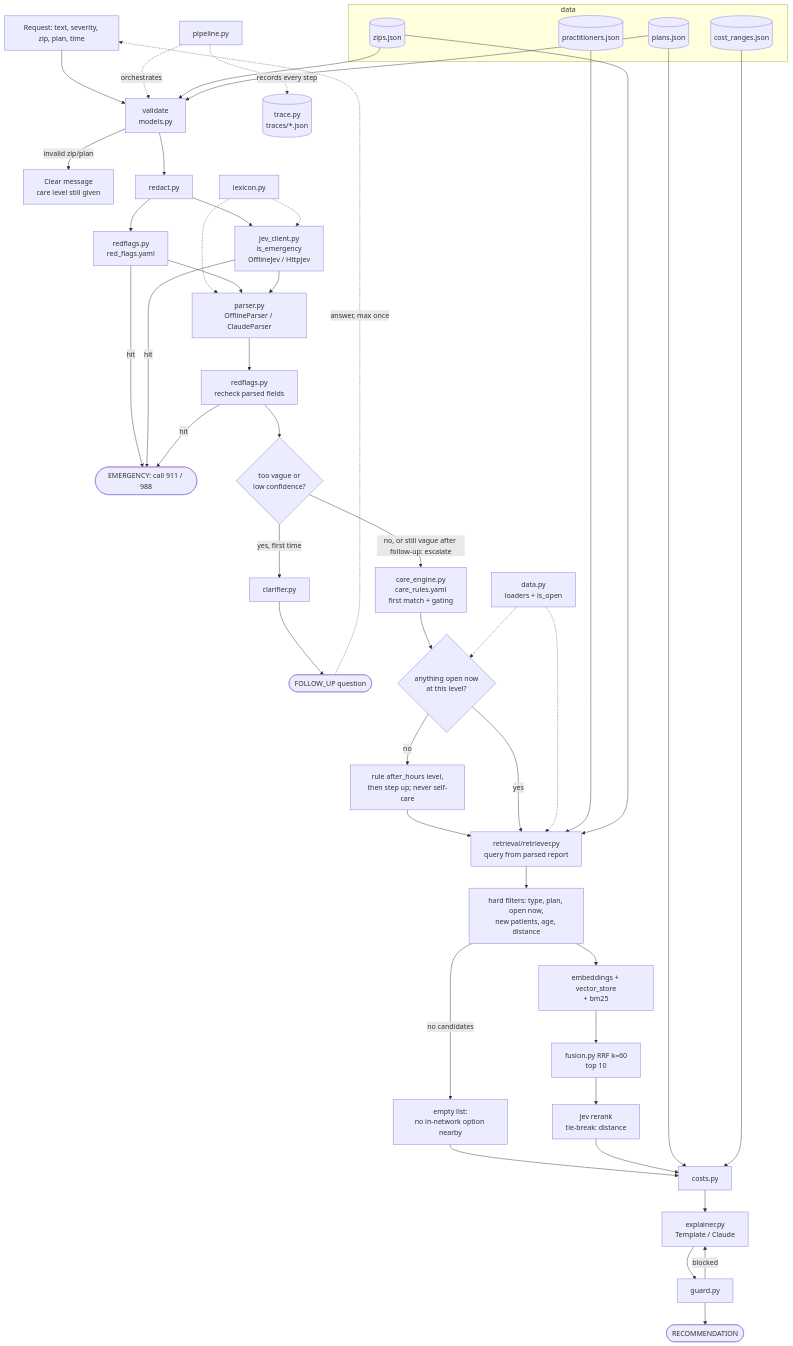
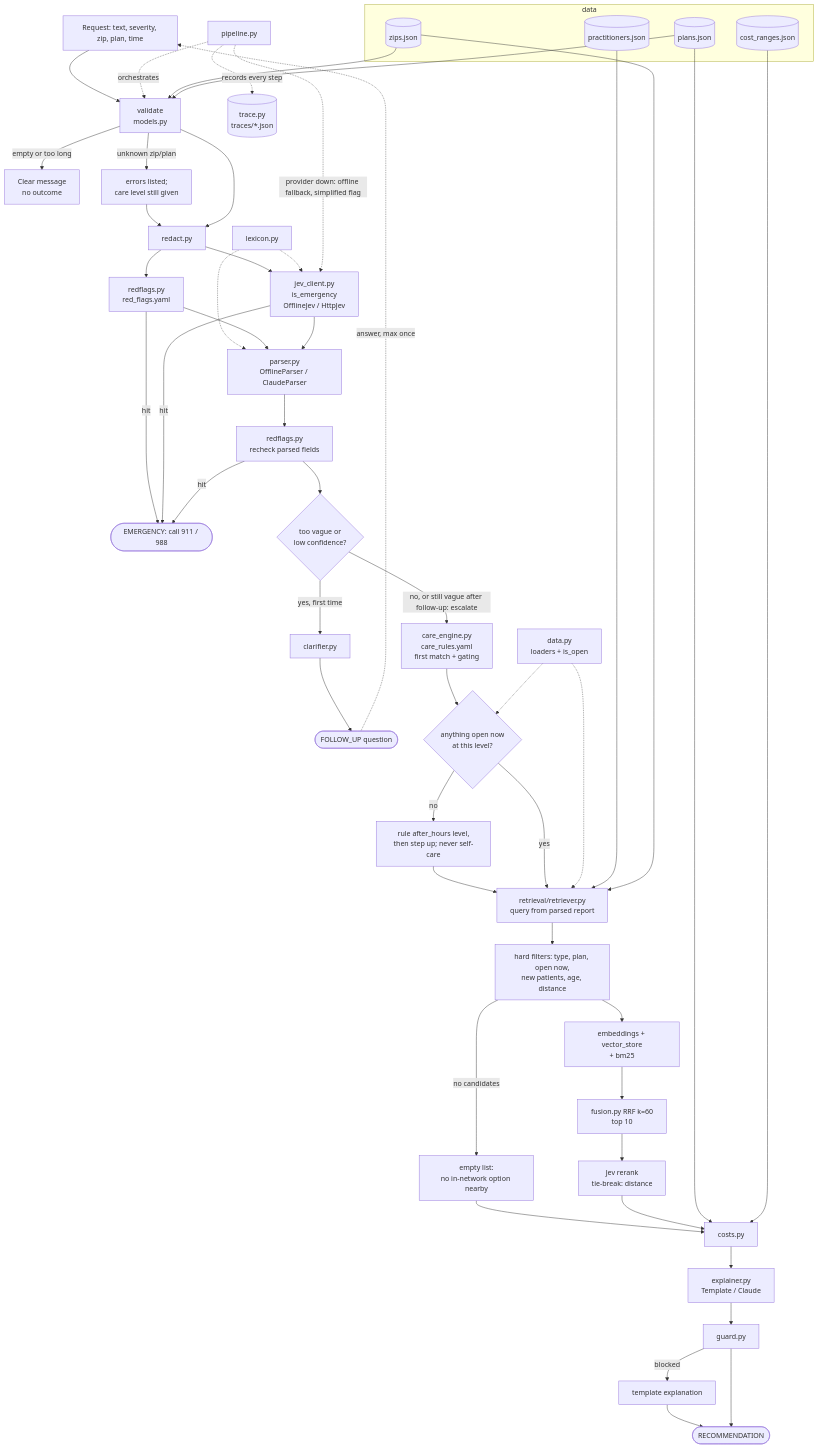
Before and after one commit to Yadnu/care-navigator: the diagram in care-navigator/docs/context-graph.md, drawn with Mermaid. The commit also changed other lines of this file and 2 other files, not shown here.

Commit message:
docs: phase 6 decisions and context graph

````diff
--- a/care-navigator/docs/context-graph.md
+++ b/care-navigator/docs/context-graph.md
@@ -9,52 +9,55 @@
 ```mermaid
 flowchart TD
     REQ[Request: text, severity, zip, plan, time] --> VAL[validate<br/>models.py]
-    VAL -->|invalid zip/plan| MSG[Clear message<br/>care level still given]
+    VAL -->|empty or too long| MSG[Clear message<br/>no outcome]
+    VAL -->|unknown zip/plan| WARN[errors listed;<br/>care level still given] --> RED
     VAL --> RED[redact.py]
     RED --> RF1[redflags.py<br/>red_flags.yaml]
     RED --> JEV1[jev_client.py<br/>is_emergency<br/>OfflineJev / HttpJev]
     LEX[lexicon.py] -.-> JEV1
     LEX -.-> PARSE
     RF1 -->|hit| EMER([EMERGENCY: call 911 / 988])
     JEV1 -->|hit| EMER
     RF1 --> PARSE[parser.py<br/>OfflineParser / ClaudeParser]
     JEV1 --> PARSE
     PARSE --> RF2[redflags.py<br/>recheck parsed fields]
     RF2 -->|hit| EMER
     RF2 --> VAGUE{too vague or<br/>low confidence?}
     VAGUE -->|yes, first time| CLAR[clarifier.py]
     CLAR --> FU([FOLLOW_UP question])
     FU -.->|answer, max once| REQ
     VAGUE -->|no, or still vague after follow-up: escalate| ENG[care_engine.py<br/>care_rules.yaml<br/>first match + gating]
     ENG --> HRS{anything open now<br/>at this level?}
     HRS -->|no| AH[rule after_hours level,<br/>then step up; never self-care]
     AH --> RET
     HRS -->|yes| RET
     RET[retrieval/retriever.py<br/>query from parsed report]
     DATA[data.py<br/>loaders + is_open] -.-> HRS
     DATA -.-> RET
     RET --> FIL[hard filters: type, plan, open now,<br/>new patients, age, distance] --> HYB[embeddings + vector_store<br/>+ bm25] --> RRF[fusion.py RRF k=60<br/>top 10] --> RR[Jev rerank<br/>tie-break: distance]
     FIL -->|no candidates| GAP[empty list:<br/>no in-network option nearby]
     GAP --> COST
     RR --> COST[costs.py]
     COST --> EXP[explainer.py<br/>Template / Claude]
     EXP --> GRD[guard.py]
-    GRD -->|blocked| EXP
+    GRD -->|blocked| TPL[template explanation]
+    TPL --> REC
     GRD --> REC([RECOMMENDATION])
     TRACE[(trace.py<br/>traces/*.json)]
     PIPE[pipeline.py] -.orchestrates.-> VAL
+    PIPE -.provider down: offline fallback, simplified flag.-> JEV1
     PIPE -.records every step.-> TRACE
 
     subgraph data
       ZIPS[(zips.json)]
       PLANS[(plans.json)]
       PRACS[(practitioners.json)]
       COSTS[(cost_ranges.json)]
     end
     ZIPS --> VAL
     PLANS --> VAL
     PRACS --> RET
     ZIPS --> RET
     PLANS --> COST
     COSTS --> COST
 ```
````
